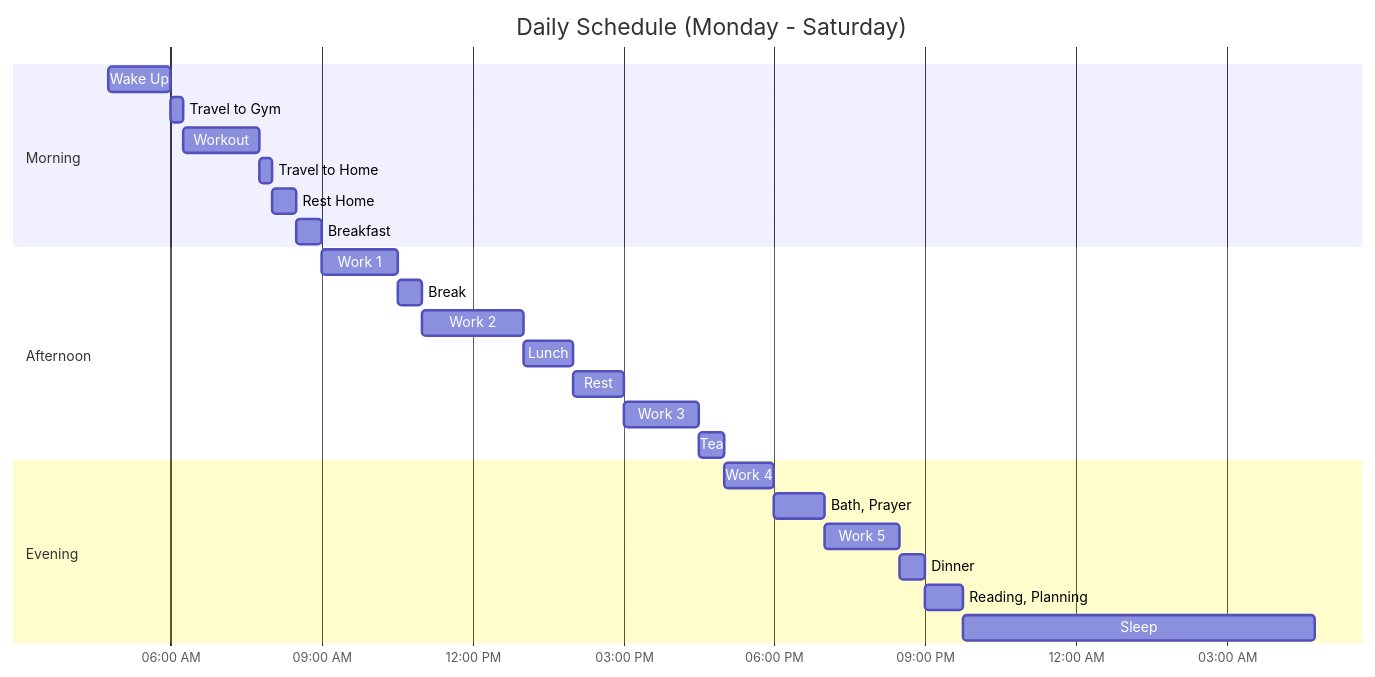
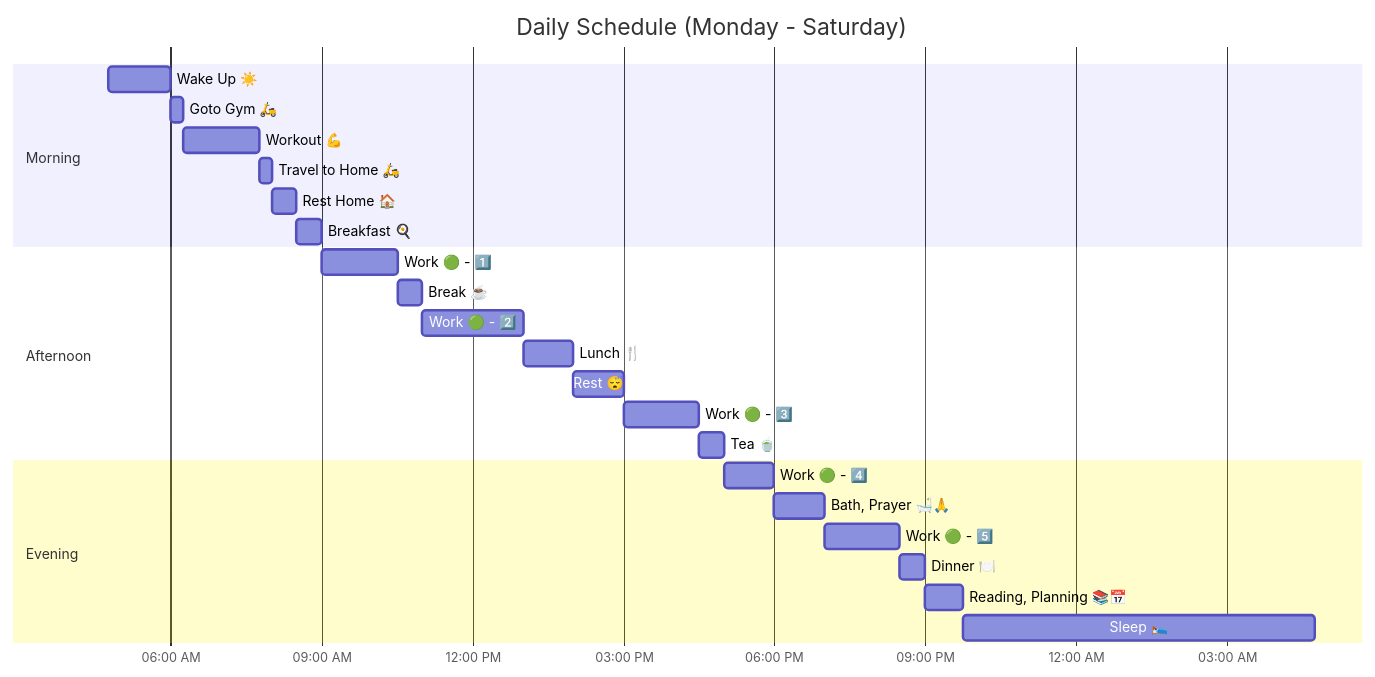
Before and after one commit to musingmaddy/musingmaddy.github.io: the diagram in content/posts/Daily Schedule/index.md, drawn with Mermaid. The commit also changed other lines of this file and 1 other file, not shown here.

Commit message:
vault backup: 2024-12-29 12:21:46

````diff
--- a/content/posts/Daily Schedule/index.md
+++ b/content/posts/Daily Schedule/index.md
@@ -26,31 +28,31 @@
 ```mermaid
 gantt
     dateFormat  HH:mm:ss
     axisFormat %I:%M %p
     title       Daily Schedule (Monday - Saturday)
 
     section Morning
-    Wake Up             :wake, 04:45:00, 75m
-    Travel to Gym       :travelGym, 06:00:00, 15m
-    Workout             :gym, 06:15:00, 90m
-    Travel to Home      :travelHome, 07:45:00, 15m
-    Rest Home           :homeRest, 08:00:00, 30m
-    Breakfast           :breakfast, 08:30:00, 30m
+    Wake Up ☀️            :wake, 04:45:00, 75m
+    Goto Gym 🛵       :travelGym, 06:00:00, 15m
+    Workout 💪             :gym, 06:15:00, 90m
+    Travel to Home 🛵      :travelHome, 07:45:00, 15m
+    Rest Home 🏠           :homeRest, 08:00:00, 30m
+    Breakfast 🍳           :breakfast, 08:30:00, 30m
 
     section Afternoon
-    Work 1              :work1, 09:00:00, 90m
-    Break               :break, 10:30:00, 30m
-    Work 2              :work2, 11:00:00, 2h
-    Lunch               :lunch, 13:00:00, 1h
-    Rest                :rest, 14:00:00, 1h
-    Work 3              :work3, 15:00:00, 90m
-    Tea                 :tea, 16:30:00, 30m
+    Work 🟢 - 1️⃣              :work1, 09:00:00, 90m
+    Break ☕               :break, 10:30:00, 30m
+    Work 🟢 - 2️⃣              :work2, 11:00:00, 2h
+    Lunch 🍴               :lunch, 13:00:00, 1h
+    Rest 😴                :rest, 14:00:00, 1h
+    Work 🟢 - 3️⃣              :work3, 15:00:00, 90m
+    Tea 🍵                 :tea, 16:30:00, 30m
 
     section Evening
-    Work 4              :work4, 17:00:00, 1h
-    Bath, Prayer        :bathPrayer, 18:00:00, 1h
-    Work 5              :work5, 19:00:00, 90m
-    Dinner              :dinner, 20:30:00, 30m
-    Reading, Planning   :readingPlanning, 21:00:00, 45m
-    Sleep               :sleep, 21:45:00, 7h
+    Work 🟢 - 4️⃣              :work4, 17:00:00, 1h
+    Bath, Prayer 🛁🙏        :bathPrayer, 18:00:00, 1h
+    Work 🟢 - 5️⃣              :work5, 19:00:00, 90m
+    Dinner 🍽️              :dinner, 20:30:00, 30m
+    Reading, Planning 📚📅   :readingPlanning, 21:00:00, 45m
+    Sleep 🛌               :sleep, 21:45:00, 7h
 ```
````
